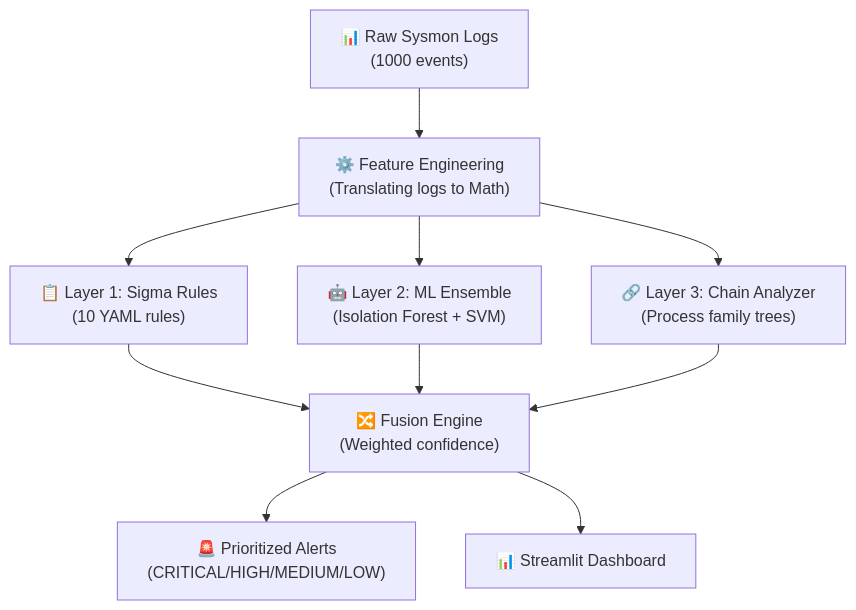
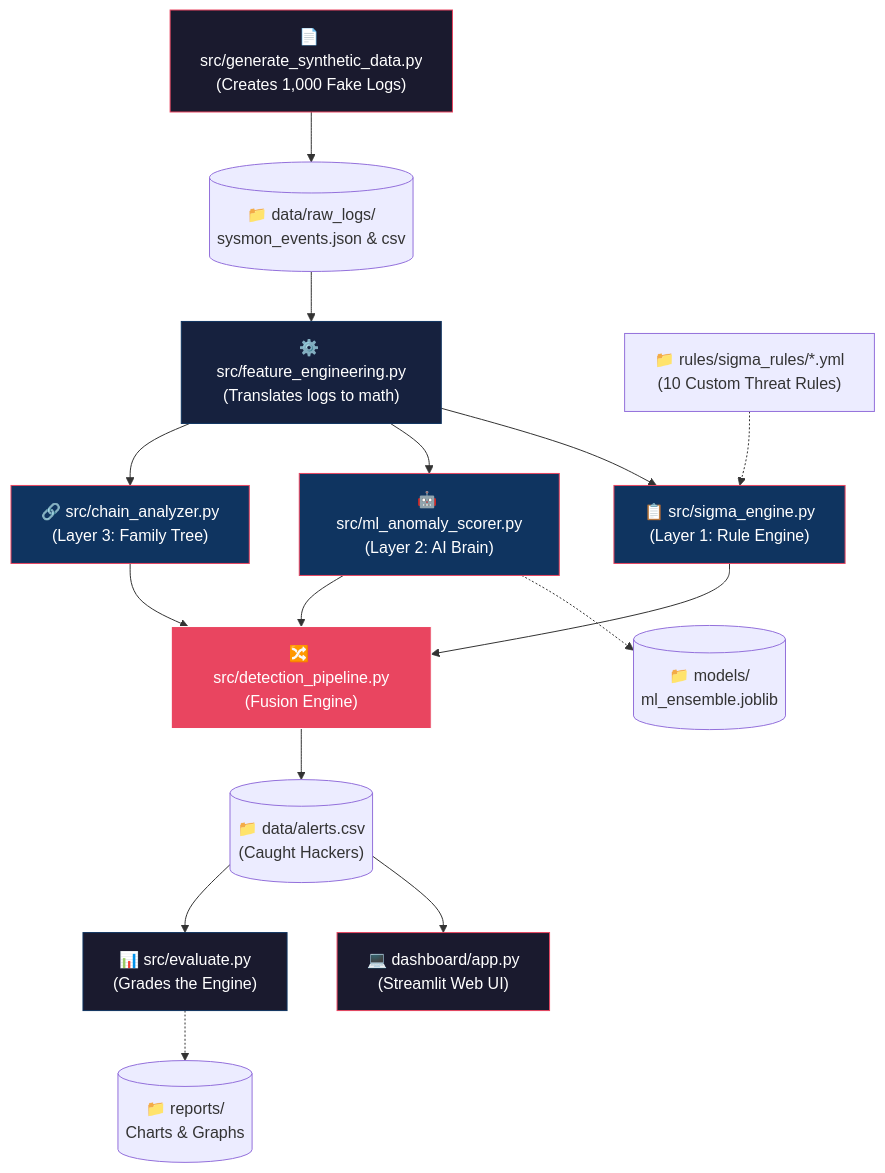
The diagram in README.md (seswarachari/lolbins-detection-engine), drawn with Mermaid before and after one commit. The commit also changed other lines of this file, not shown here.

Commit message:
docs: add massive file-by-file breakdown and execution diagram

````diff
--- a/README.md
+++ b/README.md
@@ -50,12 +48,42 @@
 ```mermaid
 graph TD
-    A["📊 Raw Sysmon Logs<br/>(1000 events)"] --> B["⚙️ Feature Engineering<br/>(Translating logs to Math)"]
-    B --> C["📋 Layer 1: Sigma Rules<br/>(10 YAML rules)"]
-    B --> D["🤖 Layer 2: ML Ensemble<br/>(Isolation Forest + SVM)"]
-    B --> E["🔗 Layer 3: Chain Analyzer<br/>(Process family trees)"]
-    C --> F["🔀 Fusion Engine<br/>(Weighted confidence)"]
-    D --> F
-    E --> F
-    F --> G["🚨 Prioritized Alerts<br/>(CRITICAL/HIGH/MEDIUM/LOW)"]
-    F --> H["📊 Streamlit Dashboard"]
+    %% Data Generation
+    GenData["📄 src/generate_synthetic_data.py<br/>(Creates 1,000 Fake Logs)"] --> RawData[("📁 data/raw_logs/<br/>sysmon_events.json & csv")]
+    
+    %% Feature Engineering
+    RawData --> FeatEng["⚙️ src/feature_engineering.py<br/>(Translates logs to math)"]
+    
+    %% Layer 1
+    FeatEng --> SigmaEngine["📋 src/sigma_engine.py<br/>(Layer 1: Rule Engine)"]
+    SigmaRules["📁 rules/sigma_rules/*.yml<br/>(10 Custom Threat Rules)"] -.-> SigmaEngine
+    
+    %% Layer 2
+    FeatEng --> MLEngine["🤖 src/ml_anomaly_scorer.py<br/>(Layer 2: AI Brain)"]
+    MLEngine -.-> Models[("📁 models/<br/>ml_ensemble.joblib")]
+    
+    %% Layer 3
+    FeatEng --> ChainEngine["🔗 src/chain_analyzer.py<br/>(Layer 3: Family Tree)"]
+    
+    %% Fusion
+    SigmaEngine --> Pipeline["🔀 src/detection_pipeline.py<br/>(Fusion Engine)"]
+    MLEngine --> Pipeline
+    ChainEngine --> Pipeline
+    
+    %% Output
+    Pipeline --> Alerts[("📁 data/alerts.csv<br/>(Caught Hackers)")]
+    
+    %% UI and Eval
+    Alerts --> Dashboard["💻 dashboard/app.py<br/>(Streamlit Web UI)"]
+    Alerts --> Eval["📊 src/evaluate.py<br/>(Grades the Engine)"]
+    Eval -.-> Reports[("📁 reports/<br/>Charts & Graphs")]
+
+    %% Styling
+    style GenData fill:#1a1a2e,stroke:#e94560,color:#fff
+    style FeatEng fill:#16213e,stroke:#0f3460,color:#fff
+    style SigmaEngine fill:#0f3460,stroke:#e94560,color:#fff
+    style MLEngine fill:#0f3460,stroke:#e94560,color:#fff
+    style ChainEngine fill:#0f3460,stroke:#e94560,color:#fff
+    style Pipeline fill:#e94560,stroke:#fff,color:#fff
+    style Dashboard fill:#1a1a2e,stroke:#e94560,color:#fff
+    style Eval fill:#1a1a2e,stroke:#0f3460,color:#fff
 ```
````
